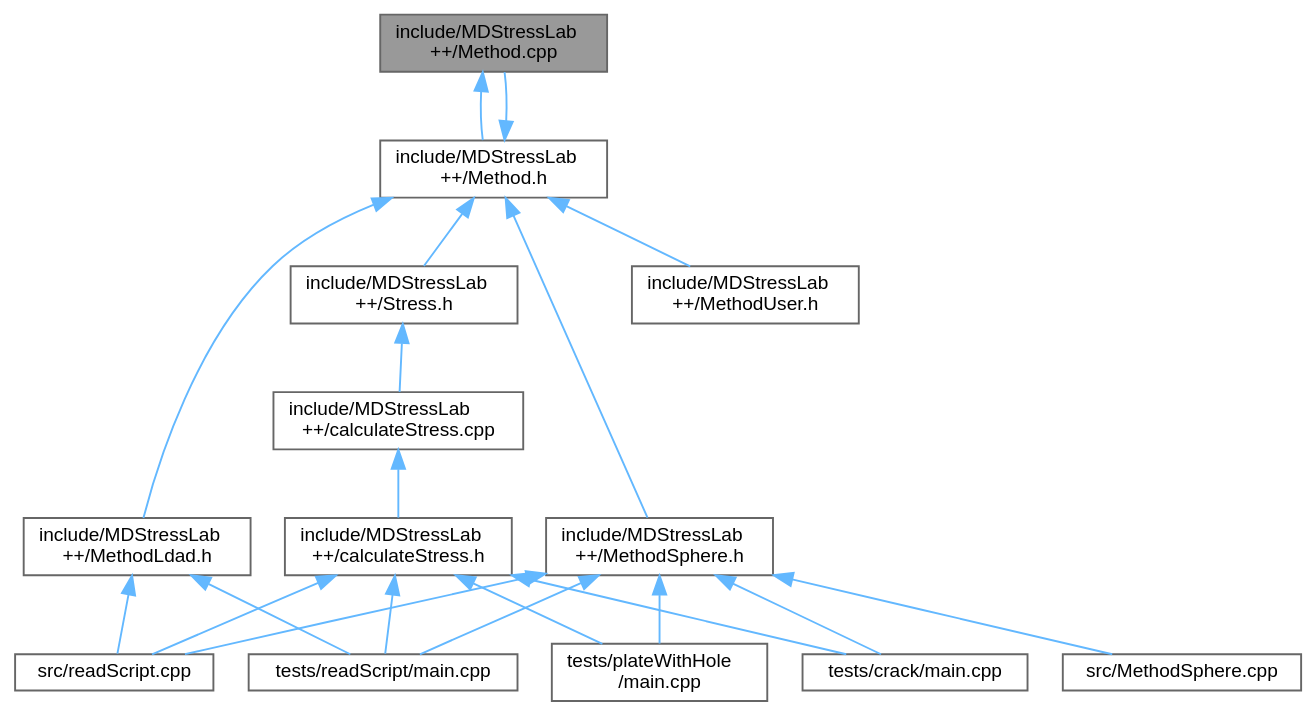
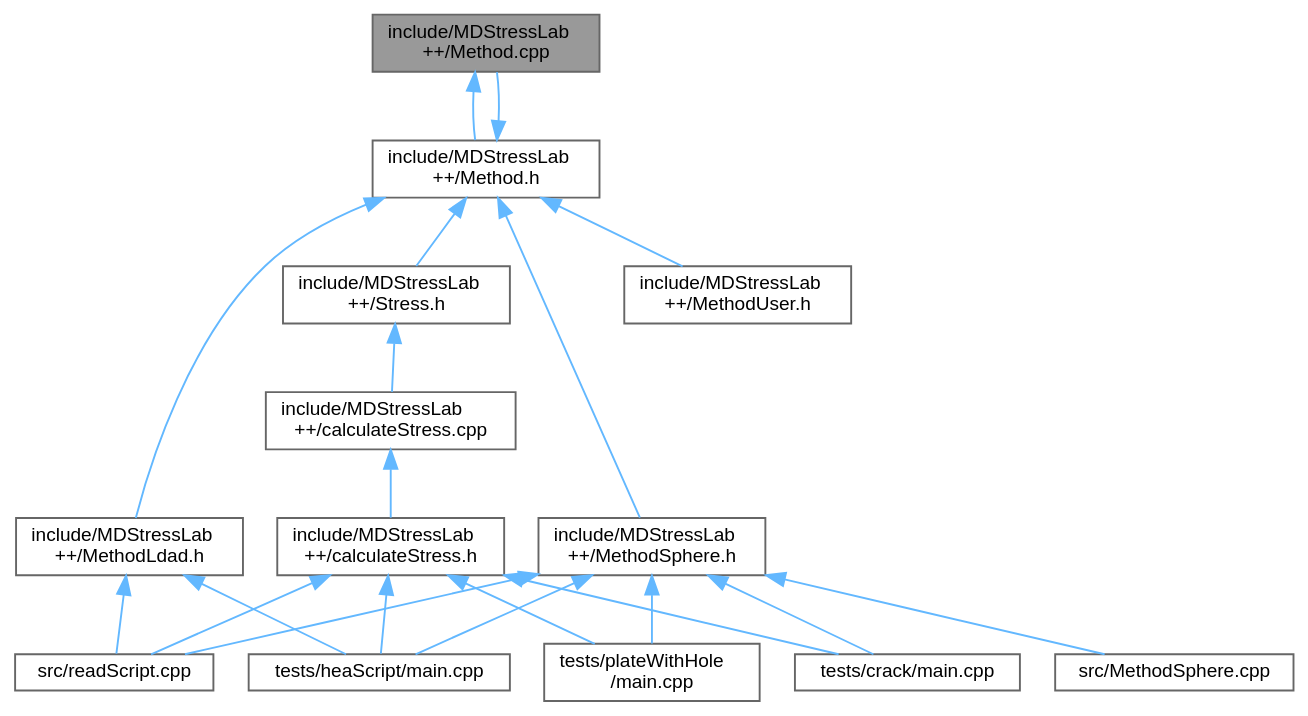
Before and after one commit to nikhil-admal/mdstresslab: the diagram in Method_8cpp__dep__incl.dot, drawn with Graphviz. The commit also changed 110 other files, not shown here.

```diff
--- a/Method_8cpp__dep__incl.dot
+++ b/Method_8cpp__dep__incl.dot
@@ -1,39 +1,39 @@
 digraph "include/MDStressLab++/Method.cpp"
 {
  // LATEX_PDF_SIZE
   bgcolor="transparent";
   edge [fontname=Helvetica,fontsize=10,labelfontname=Helvetica,labelfontsize=10];
   node [fontname=Helvetica,fontsize=10,shape=box,height=0.2,width=0.4];
   Node1 [id="Node000001",label="include/MDStressLab\l++/Method.cpp",height=0.2,width=0.4,color="gray40", fillcolor="grey60", style="filled", fontcolor="black",tooltip=" "];
   Node1 -> Node2 [id="edge1_Node000001_Node000002",dir="back",color="steelblue1",style="solid",tooltip=" "];
   Node2 [id="Node000002",label="include/MDStressLab\l++/Method.h",height=0.2,width=0.4,color="grey40", fillcolor="white", style="filled",URL="$Method_8h.html",tooltip=" "];
   Node2 -> Node1 [id="edge2_Node000002_Node000001",dir="back",color="steelblue1",style="solid",tooltip=" "];
   Node2 -> Node3 [id="edge3_Node000002_Node000003",dir="back",color="steelblue1",style="solid",tooltip=" "];
   Node3 [id="Node000003",label="include/MDStressLab\l++/MethodLdad.h",height=0.2,width=0.4,color="grey40", fillcolor="white", style="filled",URL="$MethodLdad_8h.html",tooltip=" "];
   Node3 -> Node4 [id="edge4_Node000003_Node000004",dir="back",color="steelblue1",style="solid",tooltip=" "];
   Node4 [id="Node000004",label="src/readScript.cpp",height=0.2,width=0.4,color="grey40", fillcolor="white", style="filled",URL="$readScript_8cpp.html",tooltip=" "];
   Node3 -> Node5 [id="edge5_Node000003_Node000005",dir="back",color="steelblue1",style="solid",tooltip=" "];
-  Node5 [id="Node000005",label="tests/readScript/main.cpp",height=0.2,width=0.4,color="grey40", fillcolor="white", style="filled",URL="$readScript_2main_8cpp.html",tooltip=" "];
+  Node5 [id="Node000005",label="tests/heaScript/main.cpp",height=0.2,width=0.4,color="grey40", fillcolor="white", style="filled",URL="$heaScript_2main_8cpp.html",tooltip=" "];
   Node2 -> Node6 [id="edge6_Node000002_Node000006",dir="back",color="steelblue1",style="solid",tooltip=" "];
   Node6 [id="Node000006",label="include/MDStressLab\l++/MethodSphere.h",height=0.2,width=0.4,color="grey40", fillcolor="white", style="filled",URL="$MethodSphere_8h.html",tooltip=" "];
   Node6 -> Node7 [id="edge7_Node000006_Node000007",dir="back",color="steelblue1",style="solid",tooltip=" "];
   Node7 [id="Node000007",label="src/MethodSphere.cpp",height=0.2,width=0.4,color="grey40", fillcolor="white", style="filled",URL="$MethodSphere_8cpp.html",tooltip=" "];
   Node6 -> Node4 [id="edge8_Node000006_Node000004",dir="back",color="steelblue1",style="solid",tooltip=" "];
   Node6 -> Node8 [id="edge9_Node000006_Node000008",dir="back",color="steelblue1",style="solid",tooltip=" "];
   Node8 [id="Node000008",label="tests/crack/main.cpp",height=0.2,width=0.4,color="grey40", fillcolor="white", style="filled",URL="$crack_2main_8cpp.html",tooltip=" "];
-  Node6 -> Node9 [id="edge10_Node000006_Node000009",dir="back",color="steelblue1",style="solid",tooltip=" "];
+  Node6 -> Node5 [id="edge10_Node000006_Node000005",dir="back",color="steelblue1",style="solid",tooltip=" "];
+  Node6 -> Node9 [id="edge11_Node000006_Node000009",dir="back",color="steelblue1",style="solid",tooltip=" "];
   Node9 [id="Node000009",label="tests/plateWithHole\l/main.cpp",height=0.2,width=0.4,color="grey40", fillcolor="white", style="filled",URL="$plateWithHole_2main_8cpp.html",tooltip=" "];
-  Node6 -> Node5 [id="edge11_Node000006_Node000005",dir="back",color="steelblue1",style="solid",tooltip=" "];
   Node2 -> Node10 [id="edge12_Node000002_Node000010",dir="back",color="steelblue1",style="solid",tooltip=" "];
   Node10 [id="Node000010",label="include/MDStressLab\l++/MethodUser.h",height=0.2,width=0.4,color="grey40", fillcolor="white", style="filled",URL="$MethodUser_8h.html",tooltip=" "];
   Node2 -> Node11 [id="edge13_Node000002_Node000011",dir="back",color="steelblue1",style="solid",tooltip=" "];
   Node11 [id="Node000011",label="include/MDStressLab\l++/Stress.h",height=0.2,width=0.4,color="grey40", fillcolor="white", style="filled",URL="$Stress_8h.html",tooltip=" "];
   Node11 -> Node12 [id="edge14_Node000011_Node000012",dir="back",color="steelblue1",style="solid",tooltip=" "];
   Node12 [id="Node000012",label="include/MDStressLab\l++/calculateStress.cpp",height=0.2,width=0.4,color="grey40", fillcolor="white", style="filled",URL="$calculateStress_8cpp.html",tooltip=" "];
   Node12 -> Node13 [id="edge15_Node000012_Node000013",dir="back",color="steelblue1",style="solid",tooltip=" "];
   Node13 [id="Node000013",label="include/MDStressLab\l++/calculateStress.h",height=0.2,width=0.4,color="grey40", fillcolor="white", style="filled",URL="$calculateStress_8h.html",tooltip=" "];
   Node13 -> Node4 [id="edge16_Node000013_Node000004",dir="back",color="steelblue1",style="solid",tooltip=" "];
   Node13 -> Node8 [id="edge17_Node000013_Node000008",dir="back",color="steelblue1",style="solid",tooltip=" "];
-  Node13 -> Node9 [id="edge18_Node000013_Node000009",dir="back",color="steelblue1",style="solid",tooltip=" "];
-  Node13 -> Node5 [id="edge19_Node000013_Node000005",dir="back",color="steelblue1",style="solid",tooltip=" "];
+  Node13 -> Node5 [id="edge18_Node000013_Node000005",dir="back",color="steelblue1",style="solid",tooltip=" "];
+  Node13 -> Node9 [id="edge19_Node000013_Node000009",dir="back",color="steelblue1",style="solid",tooltip=" "];
 }
```
